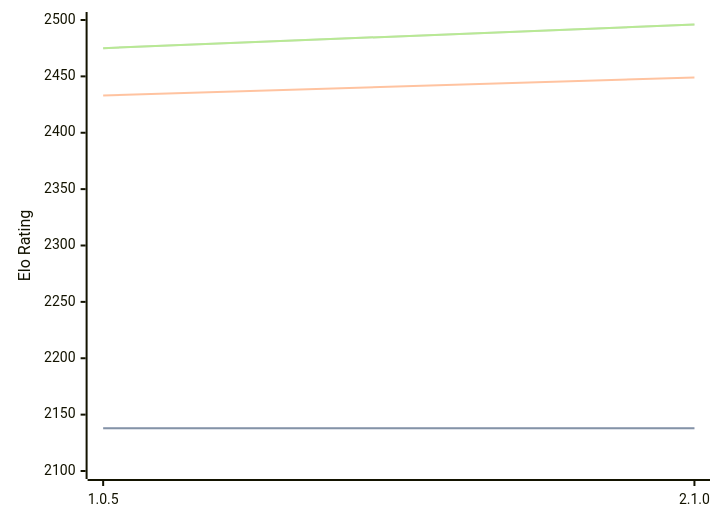
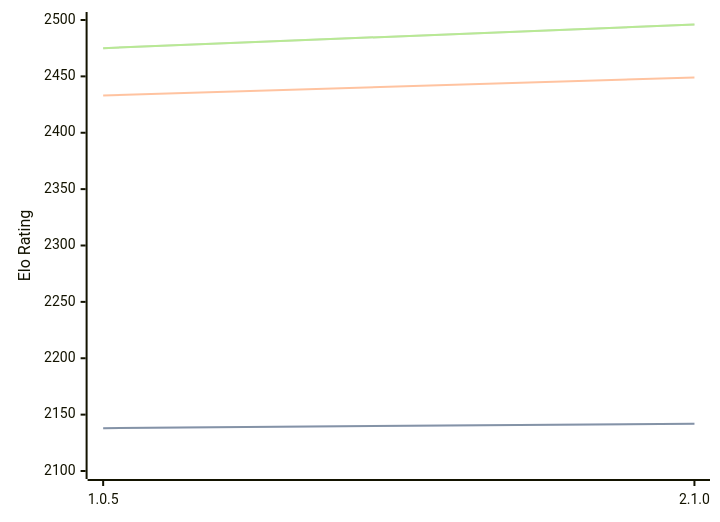
One commit to computer-chess-index/cci changed the diagram in engines/Ruffian.md. Above: the diagram before and after it, drawn with Mermaid. The commit also changed other lines of this file, not shown here.

````diff
--- a/engines/Ruffian.md
+++ b/engines/Ruffian.md
@@ -32,11 +32,11 @@
 ```mermaid
 %%{init: {"theme":"base","themeVariables":{"seriesColors:['#a3a3a3','#222221','#faa371']}}}%%
 xychart-beta
   x-axis ["1.0.5", "2.1.0"]
   y-axis "Elo Rating" 2100 --> 2500
-  line "STC (8.0+0.08s)" [2138, 2138]
-  line "STC (8.0+0.08s)" [2138, 2138]
+  line "STC (8.0+0.08s)" [2138, 2142]
+  line "STC (8.0+0.08s)" [2138, 2142]
   line "LTC (60.0+0.60s)" [2433, 2449]
   line "VLTC (2m24s+1.12s)" [2475, 2496]
   line "VLTC (2m24s+1.12s)" [2475, 2496]
 ```
````
